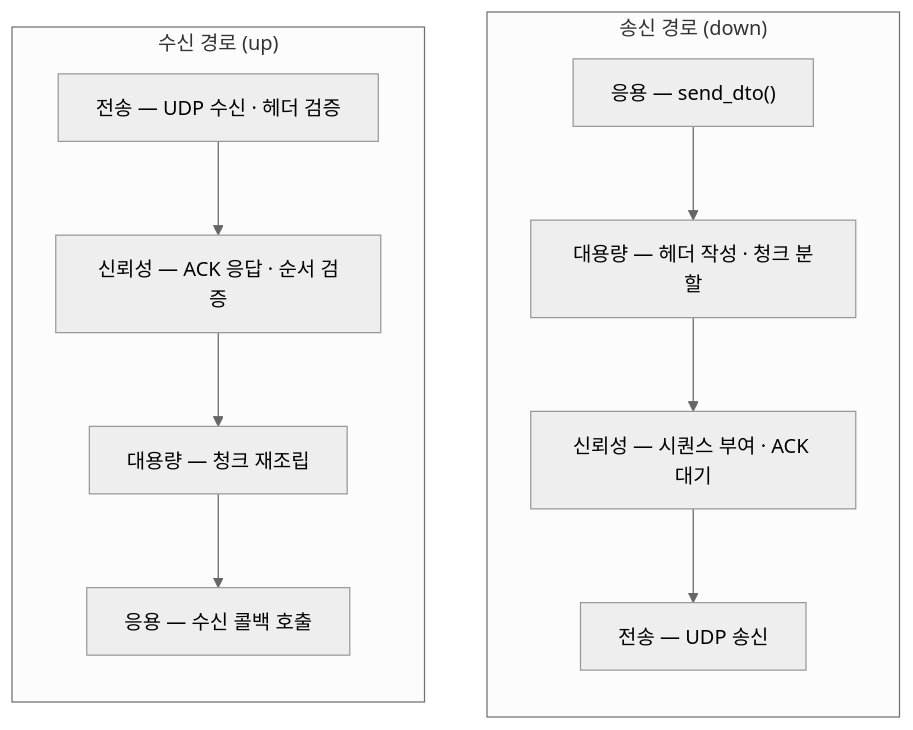
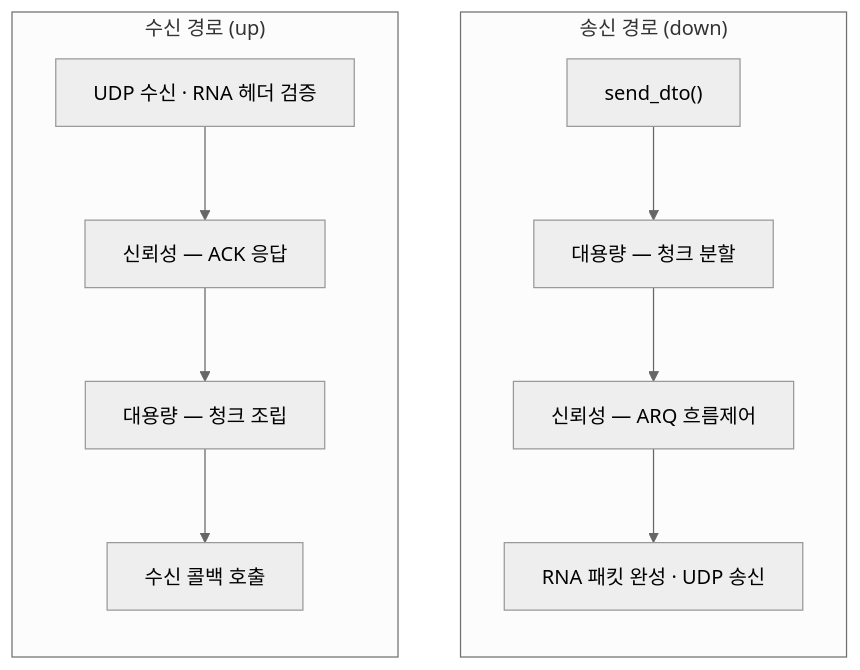
Before and after one commit to m-dna/.github: the third of 4 diagrams in profile/README.md, drawn with Mermaid (neutral theme). The commit also changed other lines of this file, not shown here.

````diff
--- a/profile/README.md
+++ b/profile/README.md
@@ -154,15 +157,15 @@
 ```mermaid
 flowchart TB
     subgraph TX["송신 경로 (down)"]
         direction TB
-        A1["응용 — send_dto()"] --> A2["대용량 — 헤더 작성 · 청크 분할"]
-        A2 --> A3["신뢰성 — 시퀀스 부여 · ACK 대기"]
-        A3 --> A4["전송 — UDP 송신"]
+        A1["send_dto()"] --> A2["대용량 — 청크 분할"]
+        A2 --> A3["신뢰성 — ARQ 흐름제어"]
+        A3 --> A4["RNA 패킷 완성 · UDP 송신"]
     end
     subgraph RX["수신 경로 (up)"]
         direction TB
-        B1["전송 — UDP 수신 · 헤더 검증"] --> B2["신뢰성 — ACK 응답 · 순서 검증"]
-        B2 --> B3["대용량 — 청크 재조립"]
-        B3 --> B4["응용 — 수신 콜백 호출"]
+        B1["UDP 수신 · RNA 헤더 검증"] --> B2["신뢰성 — ACK 응답"]
+        B2 --> B3["대용량 — 청크 조립"]
+        B3 --> B4["수신 콜백 호출"]
     end
 ```
````
